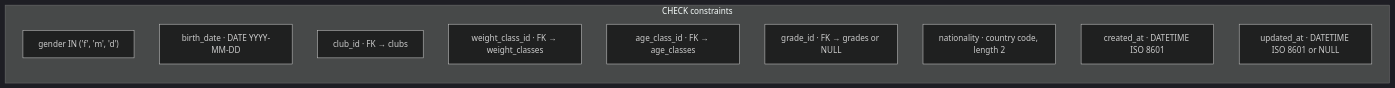
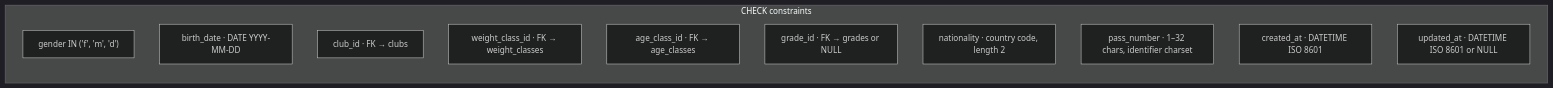
The third of 3 diagrams in docs/database/participants-schema.md (AK2083/DojoSphere), drawn with Mermaid (dark theme) before and after one commit. The commit also changed other lines of this file and 25 other files, not shown here.

````diff
--- a/docs/database/participants-schema.md
+++ b/docs/database/participants-schema.md
@@ -195,14 +213,15 @@
 ```mermaid
 flowchart LR
   subgraph checks["CHECK constraints"]
     G["gender IN ('f', 'm', 'd')"]
     BD["birth_date · DATE YYYY-MM-DD"]
     CID["club_id · FK → clubs"]
     WCID["weight_class_id · FK → weight_classes"]
     ACID["age_class_id · FK → age_classes"]
     GID["grade_id · FK → grades or NULL"]
     NAT["nationality · country code, length 2"]
+    PN["pass_number · 1–32 chars, identifier charset"]
     CA["created_at · DATETIME ISO 8601"]
     UA["updated_at · DATETIME ISO 8601 or NULL"]
   end
 ```
````
